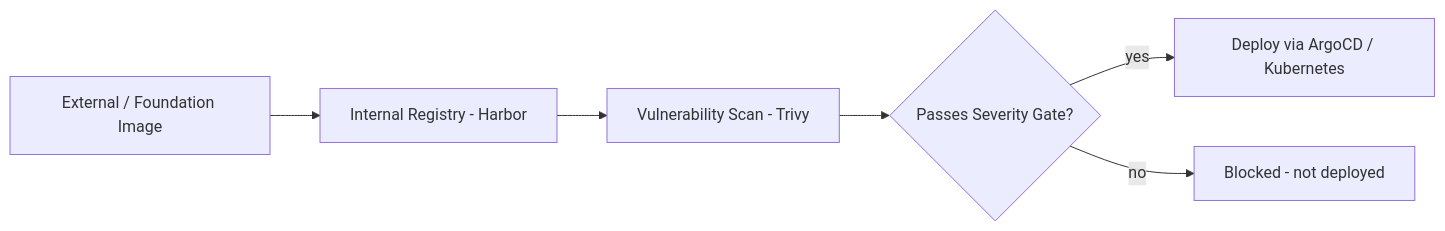
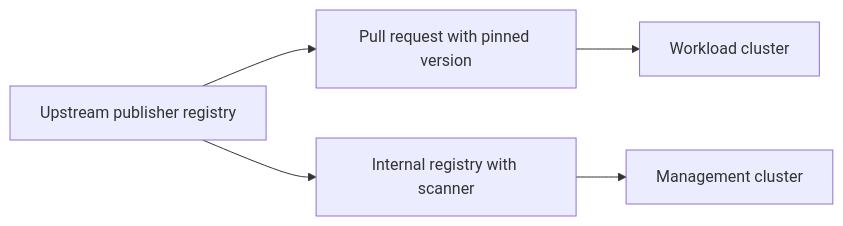
The diagram in website/docs/fp-validated-infra/image-supply-chain.md (FP-Validated/fp-validated-docs), drawn with Mermaid before and after one commit. The commit also changed other lines of this file and 21 other files, not shown here.

First line of the commit message:
Bring infrastructure and chain architecture docs up to date

````diff
--- a/website/docs/fp-validated-infra/image-supply-chain.md
+++ b/website/docs/fp-validated-infra/image-supply-chain.md
@@ -15,15 +13,13 @@
 ```mermaid
 flowchart LR
-  ext[External / Foundation Image]
-  harbor[Internal Registry - Harbor]
-  scan[Vulnerability Scan - Trivy]
-  gate{Passes Severity Gate?}
-  deploy[Deploy via ArgoCD / Kubernetes]
-  stop[Blocked - not deployed]
+  upstream[Upstream publisher registry]
+  pr[Pull request with pinned version]
+  mirror[Internal registry with scanner]
+  mgmt[Management cluster]
+  work[Workload cluster]
 
-  ext --> harbor
-  harbor --> scan
-  scan --> gate
-  gate -- yes --> deploy
-  gate -- no --> stop
+  upstream --> pr
+  pr --> work
+  upstream --> mirror
+  mirror --> mgmt
 ```
````
